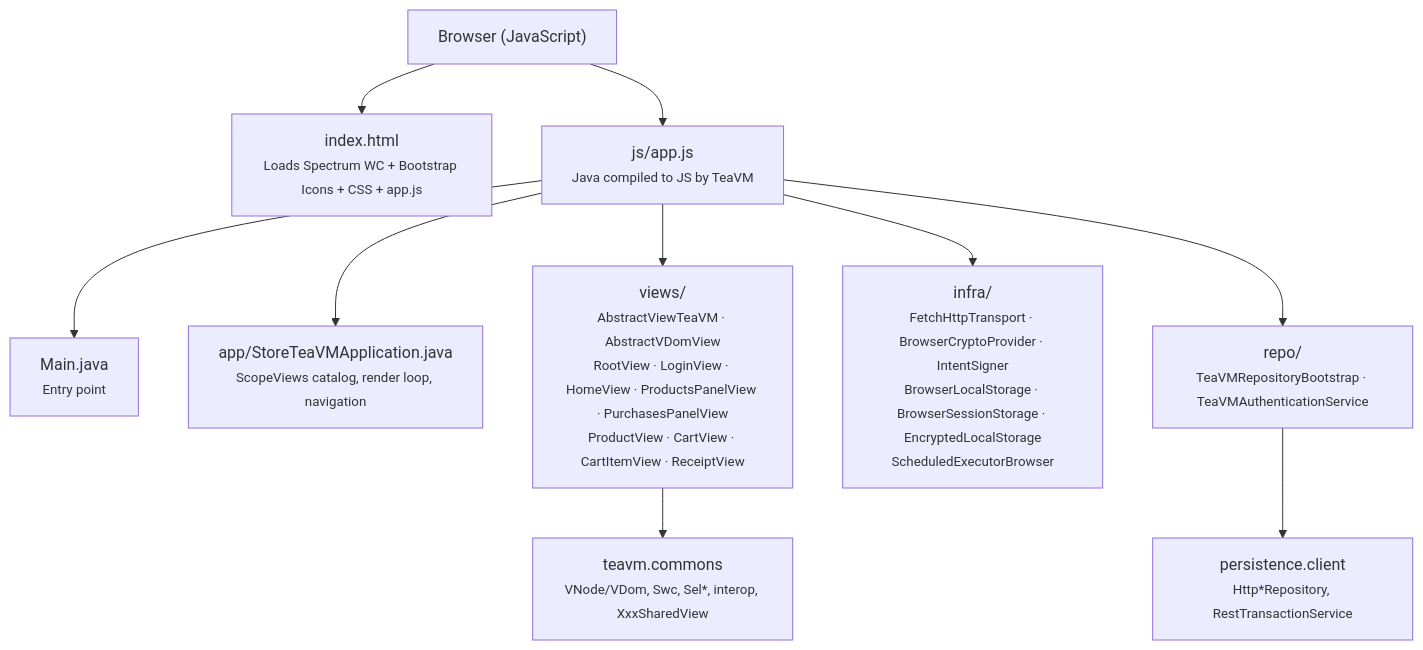
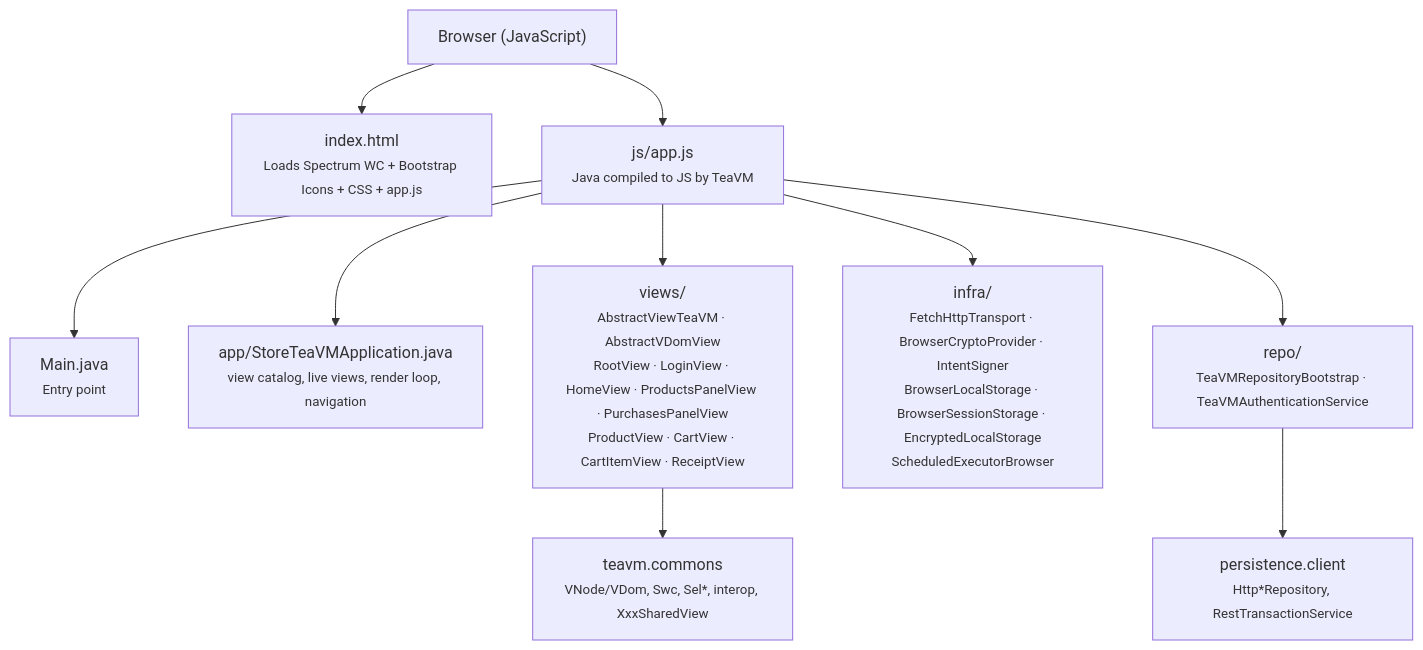
The first of 3 diagrams in fontes/br.com.wdc.store/br.com.wdc.store.view.teavm/teavm.web/README.md (mrcdom/wdc-cube-java-v2), drawn with Mermaid before and after one commit. The commit also changed 67 other files, not shown here.

````diff
--- a/fontes/br.com.wdc.store/br.com.wdc.store.view.teavm/teavm.web/README.md
+++ b/fontes/br.com.wdc.store/br.com.wdc.store.view.teavm/teavm.web/README.md
@@ -7,23 +7,23 @@
 ```mermaid
 graph TD
     browser["Browser (JavaScript)"]
     indexHtml["index.html<br/><small>Loads Spectrum WC + Bootstrap Icons + CSS + app.js</small>"]
     appJs["js/app.js<br/><small>Java compiled to JS by TeaVM</small>"]
     main["Main.java<br/><small>Entry point</small>"]
-    app["app/StoreTeaVMApplication.java<br/><small>ScopeViews catalog, render loop, navigation</small>"]
+    app["app/StoreTeaVMApplication.java<br/><small>view catalog, live views, render loop, navigation</small>"]
     views["views/<br/><small>AbstractViewTeaVM · AbstractVDomView<br/>RootView · LoginView · HomeView · ProductsPanelView · PurchasesPanelView<br/>ProductView · CartView · CartItemView · ReceiptView</small>"]
     infra["infra/<br/><small>FetchHttpTransport · BrowserCryptoProvider · IntentSigner<br/>BrowserLocalStorage · BrowserSessionStorage · EncryptedLocalStorage<br/>ScheduledExecutorBrowser</small>"]
     repo["repo/<br/><small>TeaVMRepositoryBootstrap · TeaVMAuthenticationService</small>"]
     commons["teavm.commons<br/><small>VNode/VDom, Swc, Sel*, interop, XxxSharedView</small>"]
     client["persistence.client<br/><small>Http*Repository, RestTransactionService</small>"]
 
     browser --> indexHtml
     browser --> appJs
     appJs --> main
     appJs --> app
     appJs --> views
     appJs --> infra
     appJs --> repo
     views --> commons
     repo --> client
 ```
````
